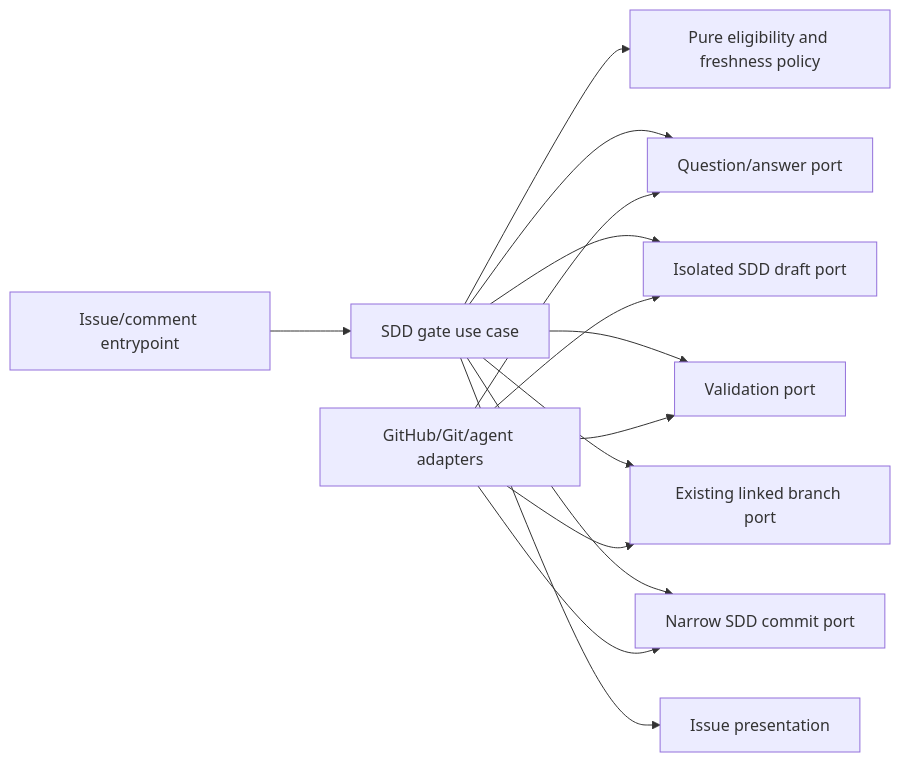
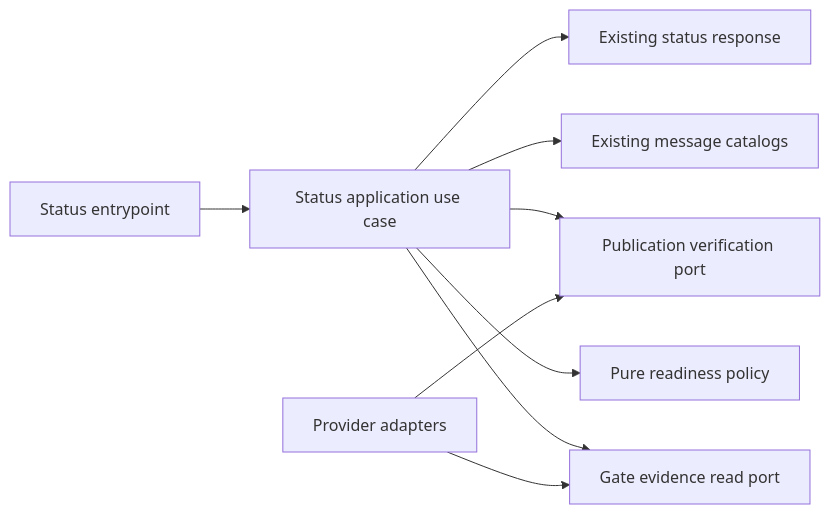
One commit to vypdev/copilot changed the second of 2 diagrams in specs/pre-branch-sdd-gate.md. Above: the diagram before and after it, drawn with Mermaid. The commit also changed other lines of this file, not shown here.

Commit message:
docs(sdd): specify issue contract in specs/pre-branch-sdd-gate.md

````diff
--- a/specs/pre-branch-sdd-gate.md
+++ b/specs/pre-branch-sdd-gate.md
@@ -309,16 +167,11 @@
 ```mermaid
 flowchart LR
-    E[Issue/comment entrypoint] --> A[SDD gate use case]
-    A --> P[Pure eligibility and freshness policy]
-    A --> Q[Question/answer port]
-    A --> W[Isolated SDD draft port]
-    A --> V[Validation port]
-    A --> B[Existing linked branch port]
-    A --> C[Narrow SDD commit port]
-    A --> U[Issue presentation]
-    G[GitHub/Git/agent adapters] --> Q
-    G --> W
-    G --> V
-    G --> B
-    G --> C
+    E[Status entrypoint] --> A[Status application use case]
+    A --> P[Pure readiness policy]
+    A --> R[Gate evidence read port]
+    A --> V[Publication verification port]
+    A --> C[Existing message catalogs]
+    X[Provider adapters] --> R
+    X --> V
+    A --> O[Existing status response]
 ```
````
